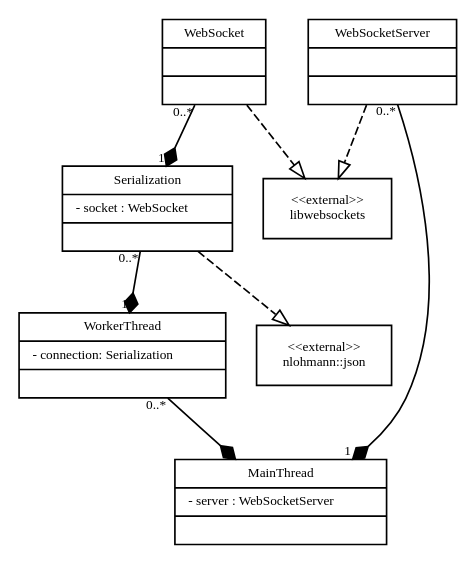
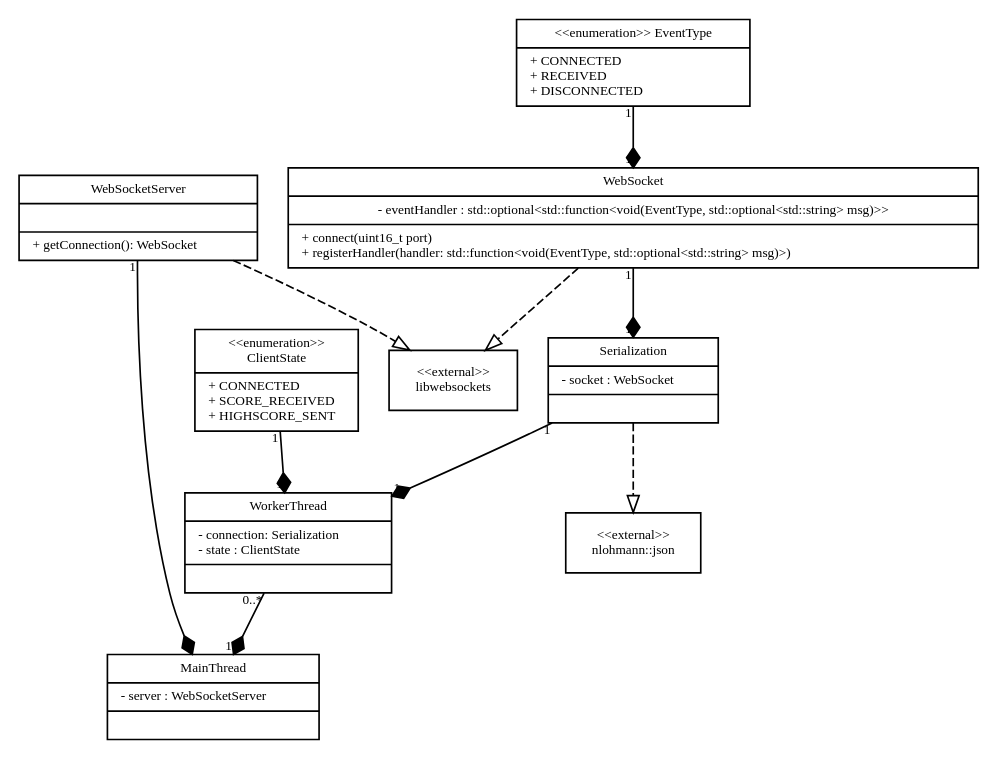
One commit to aul12/SoPra changed the diagram in Blatt04/klassendiagrammHighscoreServer.dot. Above: the diagram before and after it, drawn with Graphviz. The commit also changed 2 other files, not shown here.

```diff
--- a/Blatt04/klassendiagrammHighscoreServer.dot
+++ b/Blatt04/klassendiagrammHighscoreServer.dot
@@ -1,80 +1,100 @@
 digraph G {
     fontname = "Bitstream Vera Sans"
     fontsize = 8
 
     node [
         fontname = "Bitstream Vera Sans"
         fontsize = 8
         shape = "record"
     ]
 
     edge [
         fontname = "Bitstream Vera Sans"
         fontsize = 8
     ]
 
     MainThread [
         label = "{MainThread|- server : WebSocketServer\l|}"
     ]
 
     WorkerThread [
-        label = "{WorkerThread|- connection: Serialization\l|}"
+        label = "{WorkerThread|- connection: Serialization\l- state : ClientState\l|}"
+    ]
+
+    ClientState [
+        label = "{\<\<enumeration\>\>\nClientState|+ CONNECTED\l+ SCORE_RECEIVED\l+ HIGHSCORE_SENT\l}"
     ]
 
     WebSocketServer [
-        label = "{WebSocketServer||}"
+        label = "{WebSocketServer||+ getConnection(): WebSocket\l}"
     ]
 
     WebSocket [
-        label = "{WebSocket||}"
+        label = "{WebSocket|- eventHandler : std::optional\<std::function\<void(EventType, std::optional\<std::string\> msg)\>\>|+ connect(uint16_t port)\l+ registerHandler(handler: std::function\<void(EventType, std::optional\<std::string\> msg)\>)\l}"
+    ]
+
+    EventType [
+        label = "{\<\<enumeration\>\> EventType|+ CONNECTED\l+ RECEIVED\l+ DISCONNECTED\l}"
     ]
 
     Serialization [
-       label = "{Serialization|- socket : WebSocket\l|}" 
+        label = "{Serialization|- socket : WebSocket\l|}" 
     ]
 
     LibWebSockets [
         label = "{\<\<external\>\>\nlibwebsockets}"
     ]
 
     json [
         label = "{\<\<external\>\>\nnlohmann::json}"
     ]
     
     WorkerThread -> MainThread [
         arrowhead = "diamond"
 
         taillabel = "0..*"
         headlabel = "1"
     ]
     WebSocketServer -> MainThread [
         arrowhead = "diamond"
 
-        taillabel = "0..*"
+        taillabel = "1"
+        headlabel = "1"
+    ]
+    ClientState -> WorkerThread [
+        arrowhead = "diamond"
+
+        taillabel = "1"
         headlabel = "1"
     ]
     WebSocket -> Serialization [
         arrowhead = "diamond"
 
-        taillabel = "0..*"
+        taillabel = "1"
+        headlabel = "1"
+    ]
+    EventType -> WebSocket[
+        arrowhead = "diamond"
+
+        taillabel = "1"
         headlabel = "1"
     ]
     Serialization -> WorkerThread [
         arrowhead = "diamond"
 
-        taillabel = "0..*"
+        taillabel = "1"
         headlabel = "1"
     ]
     WebSocket -> LibWebSockets [
         arrowhead = "onormal"
         style = "dashed"
     ]
     WebSocketServer -> LibWebSockets [
         arrowhead = "onormal"
         style = "dashed"
     ]
     Serialization -> json [
         arrowhead = "onormal"
         style = "dashed"
     ]
 }    
```
